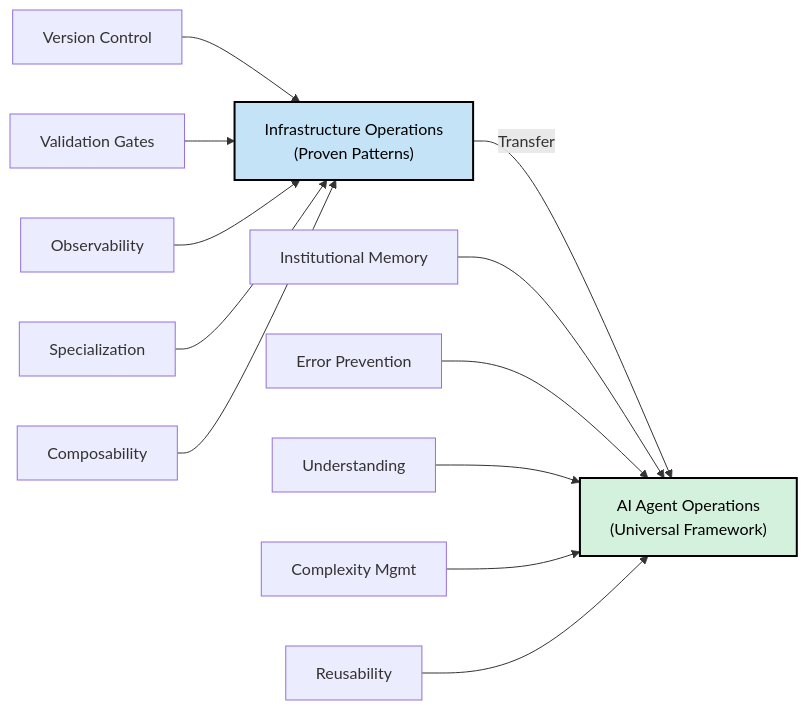
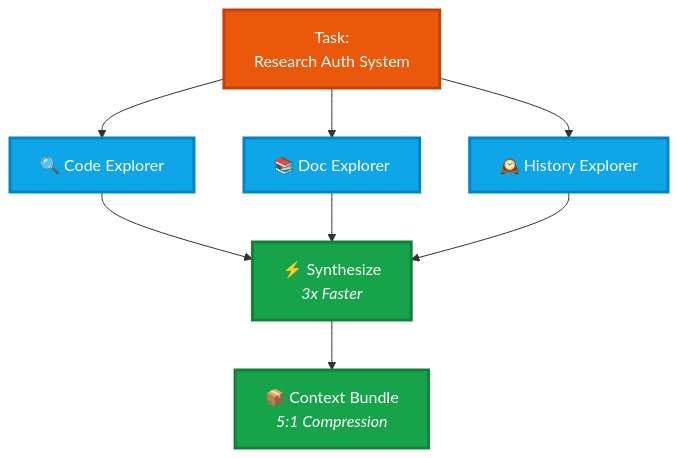
The fourth of 4 diagrams in README.md (php-workx/agentops), drawn with Mermaid before and after one commit. The commit also changed other lines of this file and 5 other files, not shown here.

````diff
--- a/README.md
+++ b/README.md
@@ -187,19 +394,20 @@
 ```mermaid
-graph LR
-    A["Infrastructure Operations<br/>(Proven Patterns)"] -->|Transfer| B["AI Agent Operations<br/>(Universal Framework)"]
-
-    A1["Version Control"] --> A
-    A2["Validation Gates"] --> A
-    A3["Observability"] --> A
-    A4["Specialization"] --> A
-    A5["Composability"] --> A
-
-    B1["Institutional Memory"] --> B
-    B2["Error Prevention"] --> B
-    B3["Understanding"] --> B
-    B4["Complexity Mgmt"] --> B
-    B5["Reusability"] --> B
-
-    style A fill:#c5e3f6,stroke:#000,stroke-width:2px,color:#000
-    style B fill:#d4f1dd,stroke:#000,stroke-width:2px,color:#000
+graph TB
+    Start["Task:<br/>Research Auth System"] --> A1["🔍 Code Explorer"]
+    Start --> A2["📚 Doc Explorer"]
+    Start --> A3["🕰️ History Explorer"]
+    
+    A1 --> Sync["⚡ Synthesize<br/><i>3x Faster</i>"]
+    A2 --> Sync
+    A3 --> Sync
+    
+    Sync --> Bundle["📦 Context Bundle<br/><i>5:1 Compression</i>"]
+    
+    classDef taskStyle fill:#ea580c,stroke:#c2410c,stroke-width:3px,color:#fff
+    classDef agentStyle fill:#0ea5e9,stroke:#0284c7,stroke-width:3px,color:#fff
+    classDef resultStyle fill:#16a34a,stroke:#15803d,stroke-width:3px,color:#fff
+    
+    class Start taskStyle
+    class A1,A2,A3 agentStyle
+    class Sync,Bundle resultStyle
 ```
````
